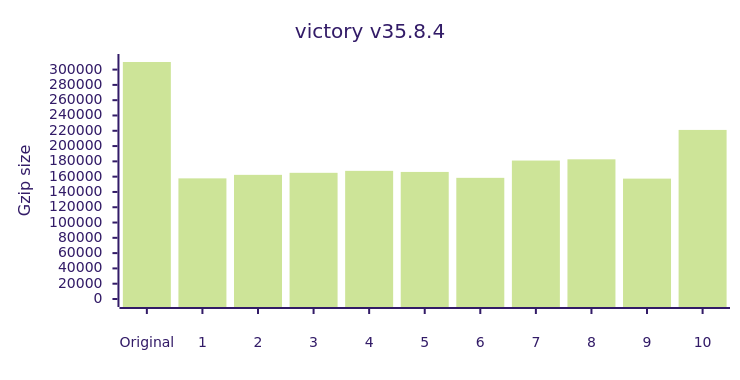
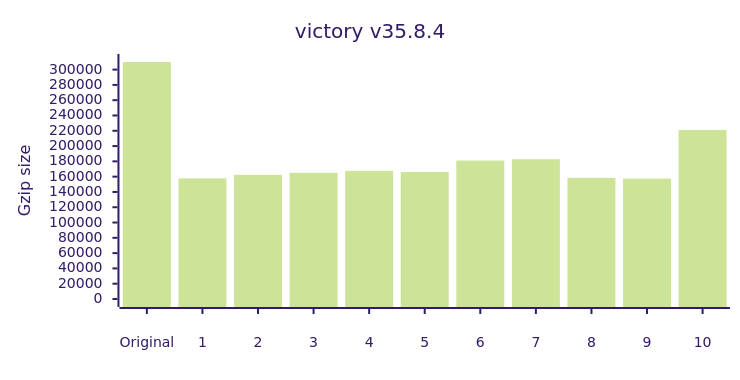
One commit to privatenumber/minification-benchmarks changed the ninth of 12 diagrams in README.md. Above: the diagram before and after it, drawn with Mermaid (forest theme). The commit also changed other lines of this file, not shown here.

````diff
--- a/README.md
+++ b/README.md
@@ -414,17 +414,17 @@
 ```mermaid
 ---
 config:
     xyChart:
         width: 720
         height: 360
         xAxis:
             labelPadding: 20
         yAxis:
             labelPadding: 10
 ---
 xychart-beta
 	title "victory v35.8.4"
 	x-axis ["Original",1,2,3,4,5,6,7,8,9,10]
 	y-axis "Gzip size" 0 --> 309942
-	bar [309942,157754,162349,165014,167579,166176,158459,181071,182671,157435,221118]
+	bar [309942,157754,162349,165014,167579,166176,181071,182671,158459,157435,221118]
 ```
````
